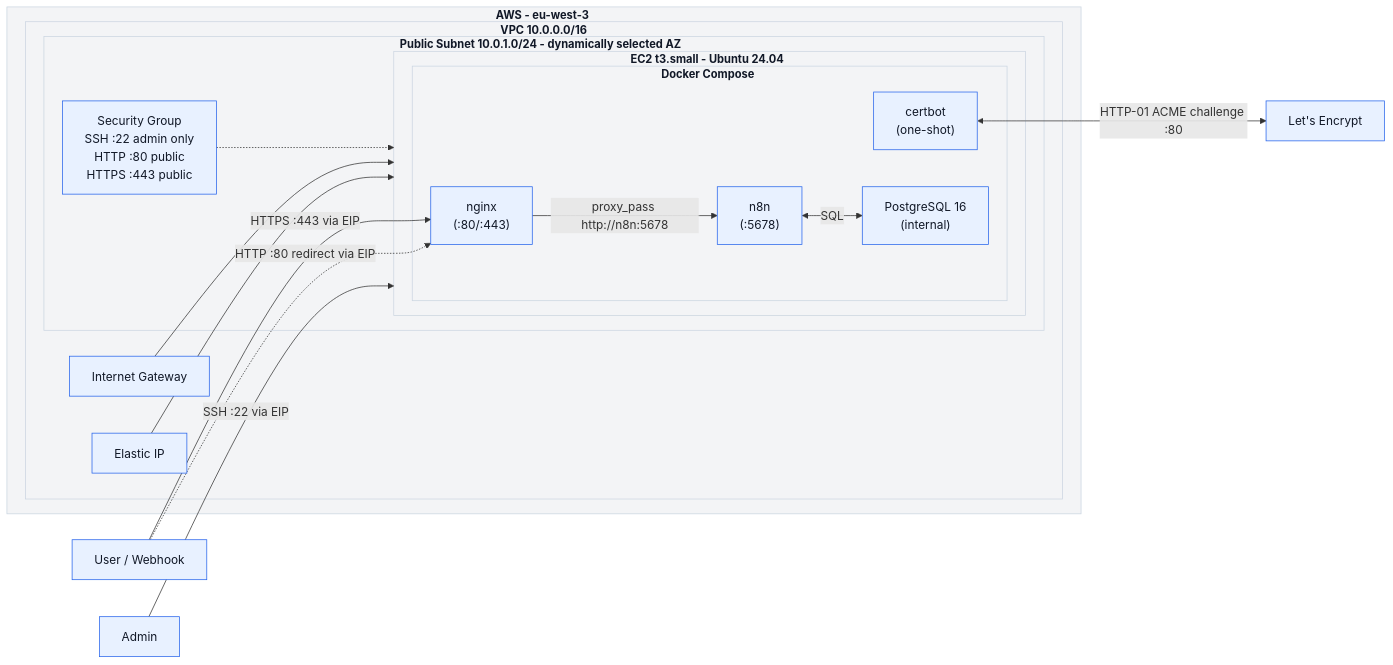
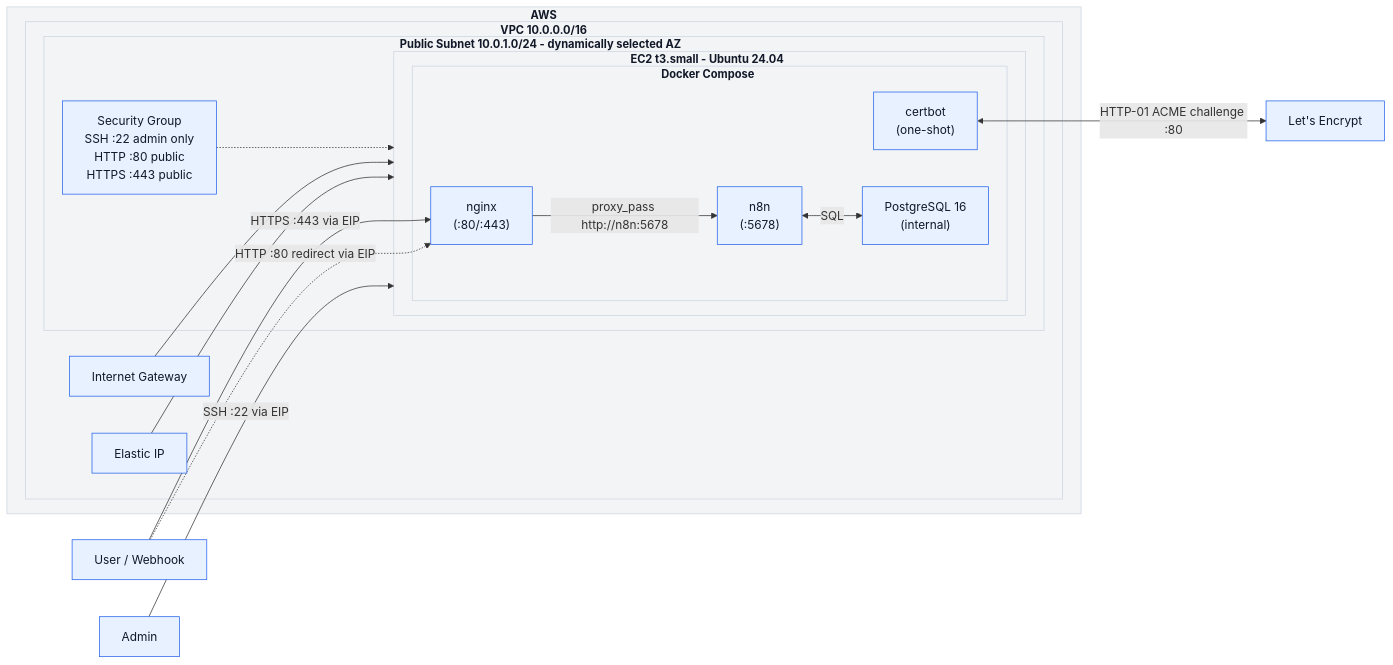
The first of 2 diagrams in README.md (gsiegwald/n8n-deploy-kit), drawn with Mermaid before and after one commit. The commit also changed other lines of this file and 1 other file, not shown here.

````diff
--- a/README.md
+++ b/README.md
@@ -120,46 +124,46 @@
 ```mermaid
 flowchart LR
   %% Infrastructure
-  subgraph AWS["AWS - eu-west-3"]
+  subgraph AWS["AWS"]
     subgraph VPC["VPC 10.0.0.0/16"]
       subgraph Subnet["Public Subnet 10.0.1.0/24 - dynamically selected AZ"]
         SG["Security Group\nSSH :22 admin only\nHTTP :80 public\nHTTPS :443 public"]
         subgraph EC2["EC2 t3.small - Ubuntu 24.04"]
           subgraph Docker["Docker Compose"]
             NGINX["nginx\n(:80/:443)"]
             CERTBOT["certbot\n(one-shot)"]
             N8N["n8n\n(:5678)"]
             PG["PostgreSQL 16\n(internal)"]
           end
           N8N <-->|SQL| PG
         end
       end
       IGW["Internet Gateway"]
       EIP["Elastic IP"]
     end
   end
 
   LE["Let's Encrypt"]
   User["User / Webhook"]
   Admin["Admin"]
 
   %% Network flows
   User -->|HTTPS :443 via EIP| NGINX
   User -.->|HTTP :80 redirect via EIP| NGINX
   NGINX -->|proxy_pass http://n8n:5678| N8N
   Admin -->|SSH :22 via EIP| EC2
   IGW --> EC2
   EIP --> EC2
   SG -.-> EC2
   CERTBOT <-->|HTTP-01 ACME challenge :80| LE
 
   %% ---- Subgraph styling ----
   style AWS    fill:#F3F4F6,stroke:#CBD5E1,stroke-width:1px,color:#111827,font-size:15px,font-weight:bold
   style VPC    fill:#F3F4F6,stroke:#CBD5E1,stroke-width:1px,color:#111827,font-size:15px,font-weight:bold
   style Subnet fill:#F3F4F6,stroke:#CBD5E1,stroke-width:1px,color:#111827,font-size:15px,font-weight:bold
   style EC2    fill:#F3F4F6,stroke:#CBD5E1,stroke-width:1px,color:#111827,font-size:15px,font-weight:bold
   style Docker fill:#F3F4F6,stroke:#CBD5E1,stroke-width:1px,color:#111827,font-size:15px,font-weight:bold
 
   %% ---- Node styling ----
   classDef default  fill:#E8F1FF,stroke:#2563EB,stroke-width:1px,color:#111827;
 ```
````
